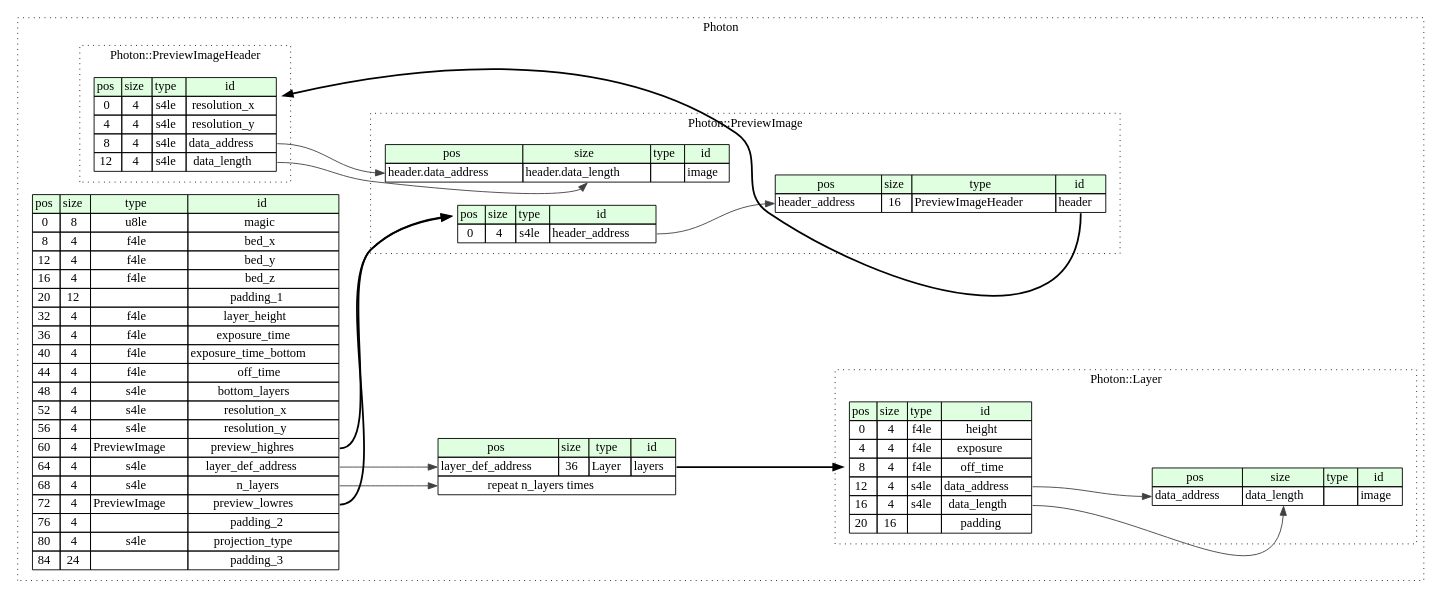
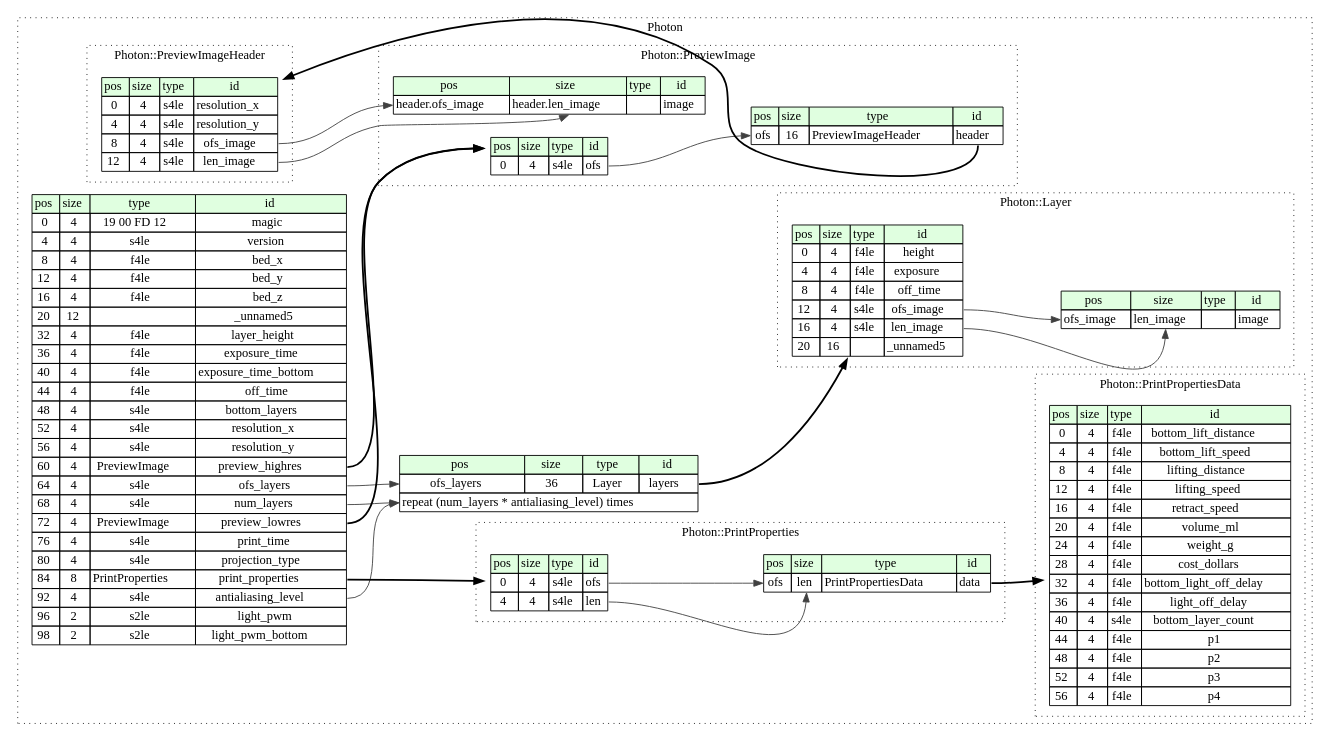
The diagram in fileformat/photon.dot (fookatchu/pyphotonfile), drawn with Graphviz before and after one commit. The commit also changed 2 other files, not shown here.

Commit message:
update to photon_v2.ksy including graph

```diff
--- a/fileformat/photon.dot
+++ b/fileformat/photon.dot
@@ -7,11 +7,12 @@
 
 		photon__seq [label=<<TABLE BORDER="0" CELLBORDER="1" CELLSPACING="0">
 			<TR><TD BGCOLOR="#E0FFE0">pos</TD><TD BGCOLOR="#E0FFE0">size</TD><TD BGCOLOR="#E0FFE0">type</TD><TD BGCOLOR="#E0FFE0">id</TD></TR>
-			<TR><TD PORT="magic_pos">0</TD><TD PORT="magic_size">8</TD><TD>u8le</TD><TD PORT="magic_type">magic</TD></TR>
+			<TR><TD PORT="magic_pos">0</TD><TD PORT="magic_size">4</TD><TD>19 00 FD 12</TD><TD PORT="magic_type">magic</TD></TR>
+			<TR><TD PORT="version_pos">4</TD><TD PORT="version_size">4</TD><TD>s4le</TD><TD PORT="version_type">version</TD></TR>
 			<TR><TD PORT="bed_x_pos">8</TD><TD PORT="bed_x_size">4</TD><TD>f4le</TD><TD PORT="bed_x_type">bed_x</TD></TR>
 			<TR><TD PORT="bed_y_pos">12</TD><TD PORT="bed_y_size">4</TD><TD>f4le</TD><TD PORT="bed_y_type">bed_y</TD></TR>
 			<TR><TD PORT="bed_z_pos">16</TD><TD PORT="bed_z_size">4</TD><TD>f4le</TD><TD PORT="bed_z_type">bed_z</TD></TR>
-			<TR><TD PORT="padding_1_pos">20</TD><TD PORT="padding_1_size">12</TD><TD></TD><TD PORT="padding_1_type">padding_1</TD></TR>
+			<TR><TD PORT="_unnamed5_pos">20</TD><TD PORT="_unnamed5_size">12</TD><TD></TD><TD PORT="_unnamed5_type">_unnamed5</TD></TR>
 			<TR><TD PORT="layer_height_pos">32</TD><TD PORT="layer_height_size">4</TD><TD>f4le</TD><TD PORT="layer_height_type">layer_height</TD></TR>
 			<TR><TD PORT="exposure_time_pos">36</TD><TD PORT="exposure_time_size">4</TD><TD>f4le</TD><TD PORT="exposure_time_type">exposure_time</TD></TR>
 			<TR><TD PORT="exposure_time_bottom_pos">40</TD><TD PORT="exposure_time_bottom_size">4</TD><TD>f4le</TD><TD PORT="exposure_time_bottom_type">exposure_time_bottom</TD></TR>
@@ -20,35 +21,21 @@
 			<TR><TD PORT="resolution_x_pos">52</TD><TD PORT="resolution_x_size">4</TD><TD>s4le</TD><TD PORT="resolution_x_type">resolution_x</TD></TR>
 			<TR><TD PORT="resolution_y_pos">56</TD><TD PORT="resolution_y_size">4</TD><TD>s4le</TD><TD PORT="resolution_y_type">resolution_y</TD></TR>
 			<TR><TD PORT="preview_highres_pos">60</TD><TD PORT="preview_highres_size">4</TD><TD>PreviewImage</TD><TD PORT="preview_highres_type">preview_highres</TD></TR>
-			<TR><TD PORT="layer_def_address_pos">64</TD><TD PORT="layer_def_address_size">4</TD><TD>s4le</TD><TD PORT="layer_def_address_type">layer_def_address</TD></TR>
-			<TR><TD PORT="n_layers_pos">68</TD><TD PORT="n_layers_size">4</TD><TD>s4le</TD><TD PORT="n_layers_type">n_layers</TD></TR>
+			<TR><TD PORT="ofs_layers_pos">64</TD><TD PORT="ofs_layers_size">4</TD><TD>s4le</TD><TD PORT="ofs_layers_type">ofs_layers</TD></TR>
+			<TR><TD PORT="num_layers_pos">68</TD><TD PORT="num_layers_size">4</TD><TD>s4le</TD><TD PORT="num_layers_type">num_layers</TD></TR>
 			<TR><TD PORT="preview_lowres_pos">72</TD><TD PORT="preview_lowres_size">4</TD><TD>PreviewImage</TD><TD PORT="preview_lowres_type">preview_lowres</TD></TR>
-			<TR><TD PORT="padding_2_pos">76</TD><TD PORT="padding_2_size">4</TD><TD></TD><TD PORT="padding_2_type">padding_2</TD></TR>
+			<TR><TD PORT="print_time_pos">76</TD><TD PORT="print_time_size">4</TD><TD>s4le</TD><TD PORT="print_time_type">print_time</TD></TR>
 			<TR><TD PORT="projection_type_pos">80</TD><TD PORT="projection_type_size">4</TD><TD>s4le</TD><TD PORT="projection_type_type">projection_type</TD></TR>
-			<TR><TD PORT="padding_3_pos">84</TD><TD PORT="padding_3_size">24</TD><TD></TD><TD PORT="padding_3_type">padding_3</TD></TR>
+			<TR><TD PORT="print_properties_pos">84</TD><TD PORT="print_properties_size">8</TD><TD>PrintProperties</TD><TD PORT="print_properties_type">print_properties</TD></TR>
+			<TR><TD PORT="antialiasing_level_pos">92</TD><TD PORT="antialiasing_level_size">4</TD><TD>s4le</TD><TD PORT="antialiasing_level_type">antialiasing_level</TD></TR>
+			<TR><TD PORT="light_pwm_pos">96</TD><TD PORT="light_pwm_size">2</TD><TD>s2le</TD><TD PORT="light_pwm_type">light_pwm</TD></TR>
+			<TR><TD PORT="light_pwm_bottom_pos">98</TD><TD PORT="light_pwm_bottom_size">2</TD><TD>s2le</TD><TD PORT="light_pwm_bottom_type">light_pwm_bottom</TD></TR>
 		</TABLE>>];
 		photon__inst__layers [label=<<TABLE BORDER="0" CELLBORDER="1" CELLSPACING="0">
 			<TR><TD BGCOLOR="#E0FFE0">pos</TD><TD BGCOLOR="#E0FFE0">size</TD><TD BGCOLOR="#E0FFE0">type</TD><TD BGCOLOR="#E0FFE0">id</TD></TR>
-			<TR><TD PORT="layers_pos">layer_def_address</TD><TD PORT="layers_size">36</TD><TD>Layer</TD><TD PORT="layers_type">layers</TD></TR>
-			<TR><TD COLSPAN="4" PORT="layers__repeat">repeat n_layers times</TD></TR>
+			<TR><TD PORT="layers_pos">ofs_layers</TD><TD PORT="layers_size">36</TD><TD>Layer</TD><TD PORT="layers_type">layers</TD></TR>
+			<TR><TD COLSPAN="4" PORT="layers__repeat">repeat (num_layers * antialiasing_level) times</TD></TR>
 		</TABLE>>];
-		subgraph cluster__preview_image {
-			label="Photon::PreviewImage";
-			graph[style=dotted];
-
-			preview_image__seq [label=<<TABLE BORDER="0" CELLBORDER="1" CELLSPACING="0">
-				<TR><TD BGCOLOR="#E0FFE0">pos</TD><TD BGCOLOR="#E0FFE0">size</TD><TD BGCOLOR="#E0FFE0">type</TD><TD BGCOLOR="#E0FFE0">id</TD></TR>
-				<TR><TD PORT="header_address_pos">0</TD><TD PORT="header_address_size">4</TD><TD>s4le</TD><TD PORT="header_address_type">header_address</TD></TR>
-			</TABLE>>];
-			preview_image__inst__header [label=<<TABLE BORDER="0" CELLBORDER="1" CELLSPACING="0">
-				<TR><TD BGCOLOR="#E0FFE0">pos</TD><TD BGCOLOR="#E0FFE0">size</TD><TD BGCOLOR="#E0FFE0">type</TD><TD BGCOLOR="#E0FFE0">id</TD></TR>
-				<TR><TD PORT="header_pos">header_address</TD><TD PORT="header_size">16</TD><TD>PreviewImageHeader</TD><TD PORT="header_type">header</TD></TR>
-			</TABLE>>];
-			preview_image__inst__image [label=<<TABLE BORDER="0" CELLBORDER="1" CELLSPACING="0">
-				<TR><TD BGCOLOR="#E0FFE0">pos</TD><TD BGCOLOR="#E0FFE0">size</TD><TD BGCOLOR="#E0FFE0">type</TD><TD BGCOLOR="#E0FFE0">id</TD></TR>
-				<TR><TD PORT="image_pos">header.data_address</TD><TD PORT="image_size">header.data_length</TD><TD></TD><TD PORT="image_type">image</TD></TR>
-			</TABLE>>];
-		}
 		subgraph cluster__preview_image_header {
 			label="Photon::PreviewImageHeader";
 			graph[style=dotted];
@@ -57,8 +44,45 @@
 				<TR><TD BGCOLOR="#E0FFE0">pos</TD><TD BGCOLOR="#E0FFE0">size</TD><TD BGCOLOR="#E0FFE0">type</TD><TD BGCOLOR="#E0FFE0">id</TD></TR>
 				<TR><TD PORT="resolution_x_pos">0</TD><TD PORT="resolution_x_size">4</TD><TD>s4le</TD><TD PORT="resolution_x_type">resolution_x</TD></TR>
 				<TR><TD PORT="resolution_y_pos">4</TD><TD PORT="resolution_y_size">4</TD><TD>s4le</TD><TD PORT="resolution_y_type">resolution_y</TD></TR>
-				<TR><TD PORT="data_address_pos">8</TD><TD PORT="data_address_size">4</TD><TD>s4le</TD><TD PORT="data_address_type">data_address</TD></TR>
-				<TR><TD PORT="data_length_pos">12</TD><TD PORT="data_length_size">4</TD><TD>s4le</TD><TD PORT="data_length_type">data_length</TD></TR>
+				<TR><TD PORT="ofs_image_pos">8</TD><TD PORT="ofs_image_size">4</TD><TD>s4le</TD><TD PORT="ofs_image_type">ofs_image</TD></TR>
+				<TR><TD PORT="len_image_pos">12</TD><TD PORT="len_image_size">4</TD><TD>s4le</TD><TD PORT="len_image_type">len_image</TD></TR>
+			</TABLE>>];
+		}
+		subgraph cluster__print_properties_data {
+			label="Photon::PrintPropertiesData";
+			graph[style=dotted];
+
+			print_properties_data__seq [label=<<TABLE BORDER="0" CELLBORDER="1" CELLSPACING="0">
+				<TR><TD BGCOLOR="#E0FFE0">pos</TD><TD BGCOLOR="#E0FFE0">size</TD><TD BGCOLOR="#E0FFE0">type</TD><TD BGCOLOR="#E0FFE0">id</TD></TR>
+				<TR><TD PORT="bottom_lift_distance_pos">0</TD><TD PORT="bottom_lift_distance_size">4</TD><TD>f4le</TD><TD PORT="bottom_lift_distance_type">bottom_lift_distance</TD></TR>
+				<TR><TD PORT="bottom_lift_speed_pos">4</TD><TD PORT="bottom_lift_speed_size">4</TD><TD>f4le</TD><TD PORT="bottom_lift_speed_type">bottom_lift_speed</TD></TR>
+				<TR><TD PORT="lifting_distance_pos">8</TD><TD PORT="lifting_distance_size">4</TD><TD>f4le</TD><TD PORT="lifting_distance_type">lifting_distance</TD></TR>
+				<TR><TD PORT="lifting_speed_pos">12</TD><TD PORT="lifting_speed_size">4</TD><TD>f4le</TD><TD PORT="lifting_speed_type">lifting_speed</TD></TR>
+				<TR><TD PORT="retract_speed_pos">16</TD><TD PORT="retract_speed_size">4</TD><TD>f4le</TD><TD PORT="retract_speed_type">retract_speed</TD></TR>
+				<TR><TD PORT="volume_ml_pos">20</TD><TD PORT="volume_ml_size">4</TD><TD>f4le</TD><TD PORT="volume_ml_type">volume_ml</TD></TR>
+				<TR><TD PORT="weight_g_pos">24</TD><TD PORT="weight_g_size">4</TD><TD>f4le</TD><TD PORT="weight_g_type">weight_g</TD></TR>
+				<TR><TD PORT="cost_dollars_pos">28</TD><TD PORT="cost_dollars_size">4</TD><TD>f4le</TD><TD PORT="cost_dollars_type">cost_dollars</TD></TR>
+				<TR><TD PORT="bottom_light_off_delay_pos">32</TD><TD PORT="bottom_light_off_delay_size">4</TD><TD>f4le</TD><TD PORT="bottom_light_off_delay_type">bottom_light_off_delay</TD></TR>
+				<TR><TD PORT="light_off_delay_pos">36</TD><TD PORT="light_off_delay_size">4</TD><TD>f4le</TD><TD PORT="light_off_delay_type">light_off_delay</TD></TR>
+				<TR><TD PORT="bottom_layer_count_pos">40</TD><TD PORT="bottom_layer_count_size">4</TD><TD>s4le</TD><TD PORT="bottom_layer_count_type">bottom_layer_count</TD></TR>
+				<TR><TD PORT="p1_pos">44</TD><TD PORT="p1_size">4</TD><TD>f4le</TD><TD PORT="p1_type">p1</TD></TR>
+				<TR><TD PORT="p2_pos">48</TD><TD PORT="p2_size">4</TD><TD>f4le</TD><TD PORT="p2_type">p2</TD></TR>
+				<TR><TD PORT="p3_pos">52</TD><TD PORT="p3_size">4</TD><TD>f4le</TD><TD PORT="p3_type">p3</TD></TR>
+				<TR><TD PORT="p4_pos">56</TD><TD PORT="p4_size">4</TD><TD>f4le</TD><TD PORT="p4_type">p4</TD></TR>
+			</TABLE>>];
+		}
+		subgraph cluster__print_properties {
+			label="Photon::PrintProperties";
+			graph[style=dotted];
+
+			print_properties__seq [label=<<TABLE BORDER="0" CELLBORDER="1" CELLSPACING="0">
+				<TR><TD BGCOLOR="#E0FFE0">pos</TD><TD BGCOLOR="#E0FFE0">size</TD><TD BGCOLOR="#E0FFE0">type</TD><TD BGCOLOR="#E0FFE0">id</TD></TR>
+				<TR><TD PORT="ofs_pos">0</TD><TD PORT="ofs_size">4</TD><TD>s4le</TD><TD PORT="ofs_type">ofs</TD></TR>
+				<TR><TD PORT="len_pos">4</TD><TD PORT="len_size">4</TD><TD>s4le</TD><TD PORT="len_type">len</TD></TR>
+			</TABLE>>];
+			print_properties__inst__data [label=<<TABLE BORDER="0" CELLBORDER="1" CELLSPACING="0">
+				<TR><TD BGCOLOR="#E0FFE0">pos</TD><TD BGCOLOR="#E0FFE0">size</TD><TD BGCOLOR="#E0FFE0">type</TD><TD BGCOLOR="#E0FFE0">id</TD></TR>
+				<TR><TD PORT="data_pos">ofs</TD><TD PORT="data_size">len</TD><TD>PrintPropertiesData</TD><TD PORT="data_type">data</TD></TR>
 			</TABLE>>];
 		}
 		subgraph cluster__layer {
@@ -70,25 +94,47 @@
 				<TR><TD PORT="height_pos">0</TD><TD PORT="height_size">4</TD><TD>f4le</TD><TD PORT="height_type">height</TD></TR>
 				<TR><TD PORT="exposure_pos">4</TD><TD PORT="exposure_size">4</TD><TD>f4le</TD><TD PORT="exposure_type">exposure</TD></TR>
 				<TR><TD PORT="off_time_pos">8</TD><TD PORT="off_time_size">4</TD><TD>f4le</TD><TD PORT="off_time_type">off_time</TD></TR>
-				<TR><TD PORT="data_address_pos">12</TD><TD PORT="data_address_size">4</TD><TD>s4le</TD><TD PORT="data_address_type">data_address</TD></TR>
-				<TR><TD PORT="data_length_pos">16</TD><TD PORT="data_length_size">4</TD><TD>s4le</TD><TD PORT="data_length_type">data_length</TD></TR>
-				<TR><TD PORT="padding_pos">20</TD><TD PORT="padding_size">16</TD><TD></TD><TD PORT="padding_type">padding</TD></TR>
+				<TR><TD PORT="ofs_image_pos">12</TD><TD PORT="ofs_image_size">4</TD><TD>s4le</TD><TD PORT="ofs_image_type">ofs_image</TD></TR>
+				<TR><TD PORT="len_image_pos">16</TD><TD PORT="len_image_size">4</TD><TD>s4le</TD><TD PORT="len_image_type">len_image</TD></TR>
+				<TR><TD PORT="_unnamed5_pos">20</TD><TD PORT="_unnamed5_size">16</TD><TD></TD><TD PORT="_unnamed5_type">_unnamed5</TD></TR>
 			</TABLE>>];
 			layer__inst__image [label=<<TABLE BORDER="0" CELLBORDER="1" CELLSPACING="0">
 				<TR><TD BGCOLOR="#E0FFE0">pos</TD><TD BGCOLOR="#E0FFE0">size</TD><TD BGCOLOR="#E0FFE0">type</TD><TD BGCOLOR="#E0FFE0">id</TD></TR>
-				<TR><TD PORT="image_pos">data_address</TD><TD PORT="image_size">data_length</TD><TD></TD><TD PORT="image_type">image</TD></TR>
+				<TR><TD PORT="image_pos">ofs_image</TD><TD PORT="image_size">len_image</TD><TD></TD><TD PORT="image_type">image</TD></TR>
+			</TABLE>>];
+		}
+		subgraph cluster__preview_image {
+			label="Photon::PreviewImage";
+			graph[style=dotted];
+
+			preview_image__seq [label=<<TABLE BORDER="0" CELLBORDER="1" CELLSPACING="0">
+				<TR><TD BGCOLOR="#E0FFE0">pos</TD><TD BGCOLOR="#E0FFE0">size</TD><TD BGCOLOR="#E0FFE0">type</TD><TD BGCOLOR="#E0FFE0">id</TD></TR>
+				<TR><TD PORT="ofs_pos">0</TD><TD PORT="ofs_size">4</TD><TD>s4le</TD><TD PORT="ofs_type">ofs</TD></TR>
+			</TABLE>>];
+			preview_image__inst__header [label=<<TABLE BORDER="0" CELLBORDER="1" CELLSPACING="0">
+				<TR><TD BGCOLOR="#E0FFE0">pos</TD><TD BGCOLOR="#E0FFE0">size</TD><TD BGCOLOR="#E0FFE0">type</TD><TD BGCOLOR="#E0FFE0">id</TD></TR>
+				<TR><TD PORT="header_pos">ofs</TD><TD PORT="header_size">16</TD><TD>PreviewImageHeader</TD><TD PORT="header_type">header</TD></TR>
+			</TABLE>>];
+			preview_image__inst__image [label=<<TABLE BORDER="0" CELLBORDER="1" CELLSPACING="0">
+				<TR><TD BGCOLOR="#E0FFE0">pos</TD><TD BGCOLOR="#E0FFE0">size</TD><TD BGCOLOR="#E0FFE0">type</TD><TD BGCOLOR="#E0FFE0">id</TD></TR>
+				<TR><TD PORT="image_pos">header.ofs_image</TD><TD PORT="image_size">header.len_image</TD><TD></TD><TD PORT="image_type">image</TD></TR>
 			</TABLE>>];
 		}
 	}
 	photon__seq:preview_highres_type -> preview_image__seq [style=bold];
 	photon__seq:preview_lowres_type -> preview_image__seq [style=bold];
-	photon__seq:layer_def_address_type -> photon__inst__layers:layers_pos [color="#404040"];
+	photon__seq:print_properties_type -> print_properties__seq [style=bold];
+	photon__seq:ofs_layers_type -> photon__inst__layers:layers_pos [color="#404040"];
 	photon__inst__layers:layers_type -> layer__seq [style=bold];
-	photon__seq:n_layers_type -> photon__inst__layers:layers__repeat [color="#404040"];
-	preview_image__seq:header_address_type -> preview_image__inst__header:header_pos [color="#404040"];
+	photon__seq:num_layers_type -> photon__inst__layers:layers__repeat [color="#404040"];
+	photon__seq:antialiasing_level_type -> photon__inst__layers:layers__repeat [color="#404040"];
+	print_properties__seq:ofs_type -> print_properties__inst__data:data_pos [color="#404040"];
+	print_properties__seq:len_type -> print_properties__inst__data:data_size [color="#404040"];
+	print_properties__inst__data:data_type -> print_properties_data__seq [style=bold];
+	layer__seq:ofs_image_type -> layer__inst__image:image_pos [color="#404040"];
+	layer__seq:len_image_type -> layer__inst__image:image_size [color="#404040"];
+	preview_image__seq:ofs_type -> preview_image__inst__header:header_pos [color="#404040"];
 	preview_image__inst__header:header_type -> preview_image_header__seq [style=bold];
-	preview_image_header__seq:data_address_type -> preview_image__inst__image:image_pos [color="#404040"];
-	preview_image_header__seq:data_length_type -> preview_image__inst__image:image_size [color="#404040"];
-	layer__seq:data_address_type -> layer__inst__image:image_pos [color="#404040"];
-	layer__seq:data_length_type -> layer__inst__image:image_size [color="#404040"];
+	preview_image_header__seq:ofs_image_type -> preview_image__inst__image:image_pos [color="#404040"];
+	preview_image_header__seq:len_image_type -> preview_image__inst__image:image_size [color="#404040"];
 }
```
